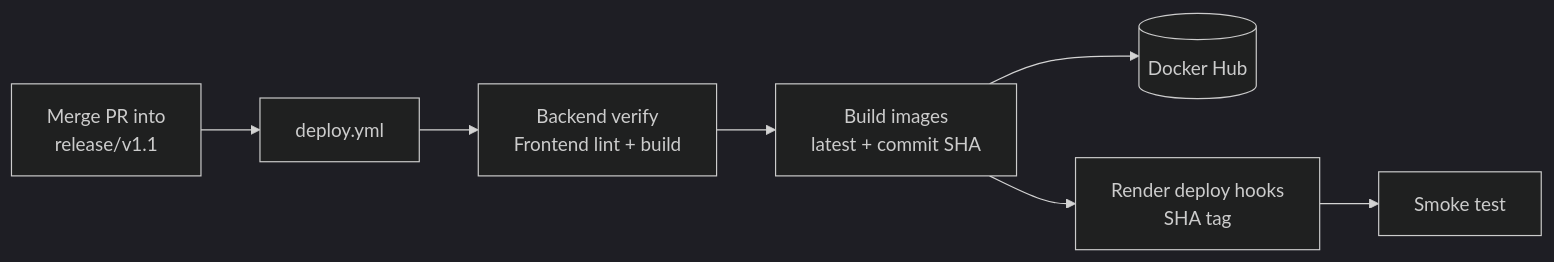
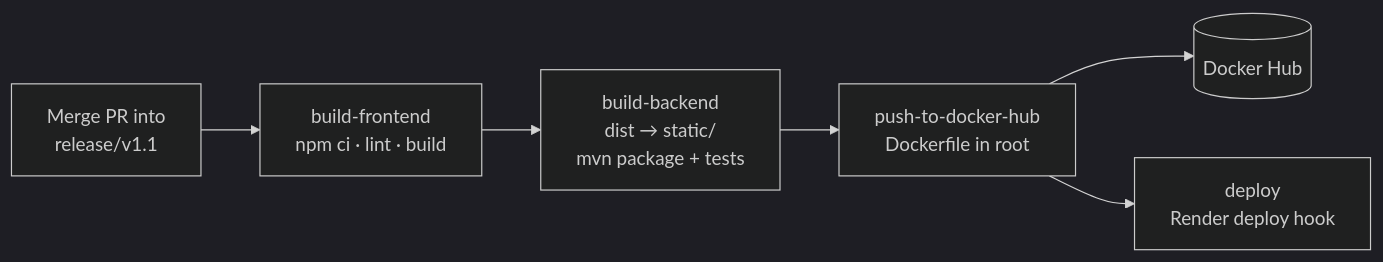
The seventh of 8 diagrams in docs/PLAN.md (Ramiismaeel/warehouse-management), drawn with Mermaid (dark theme) before and after one commit. The commit also changed other lines of this file and 8 other files, not shown here.

````diff
--- a/docs/PLAN.md
+++ b/docs/PLAN.md
@@ -287,9 +286,8 @@
 ```mermaid
 flowchart LR
-    M[Merge PR into<br/>release/v1.1] --> GA[deploy.yml]
-    GA --> T[Backend verify<br/>Frontend lint + build]
-    T --> I[Build images<br/>latest + commit SHA]
-    I --> H[(Docker Hub)]
-    I --> R[Render deploy hooks<br/>SHA tag]
-    R --> S[Smoke test]
+    M[Merge PR into<br/>release/v1.1] --> F[build-frontend<br/>npm ci · lint · build]
+    F --> B[build-backend<br/>dist → static/<br/>mvn package + tests]
+    B --> D[push-to-docker-hub<br/>Dockerfile in root]
+    D --> H[(Docker Hub)]
+    D --> R[deploy<br/>Render deploy hook]
 ```
````
